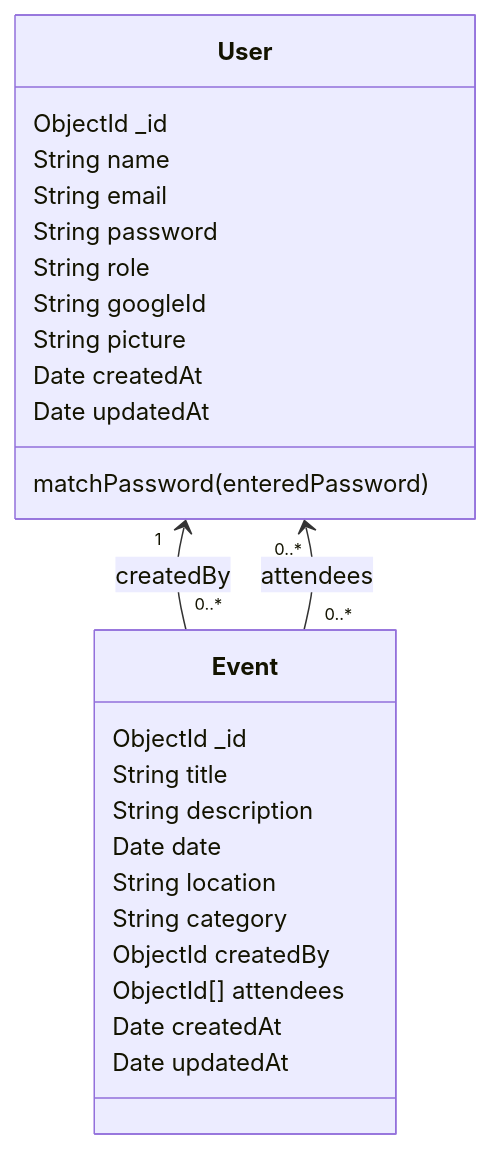
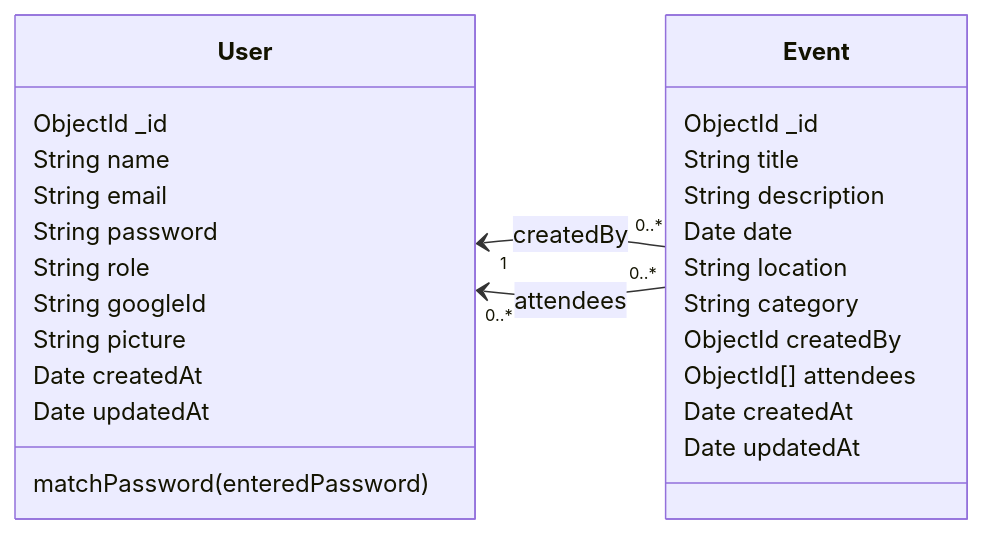
The third of 8 diagrams in docs/ARCHITECTURE.md (Khhashi/eventhub), drawn with Mermaid before and after one commit. The commit also changed other lines of this file and 1 other file, not shown here.

Commit message:
Dokumentasjon: gjør UML-diagrammene lettere å lese

````diff
--- a/docs/ARCHITECTURE.md
+++ b/docs/ARCHITECTURE.md
@@ -110,29 +110,30 @@
 ```mermaid
 classDiagram
+    direction LR
     class User {
         ObjectId _id
         String name
         String email
         String password
         String role
         String googleId
         String picture
         Date createdAt
         Date updatedAt
         matchPassword(enteredPassword)
     }
     class Event {
         ObjectId _id
         String title
         String description
         Date date
         String location
         String category
         ObjectId createdBy
         ObjectId[] attendees
         Date createdAt
         Date updatedAt
     }
     User "1" <-- "0..*" Event : createdBy
     User "0..*" <-- "0..*" Event : attendees
 ```
````
